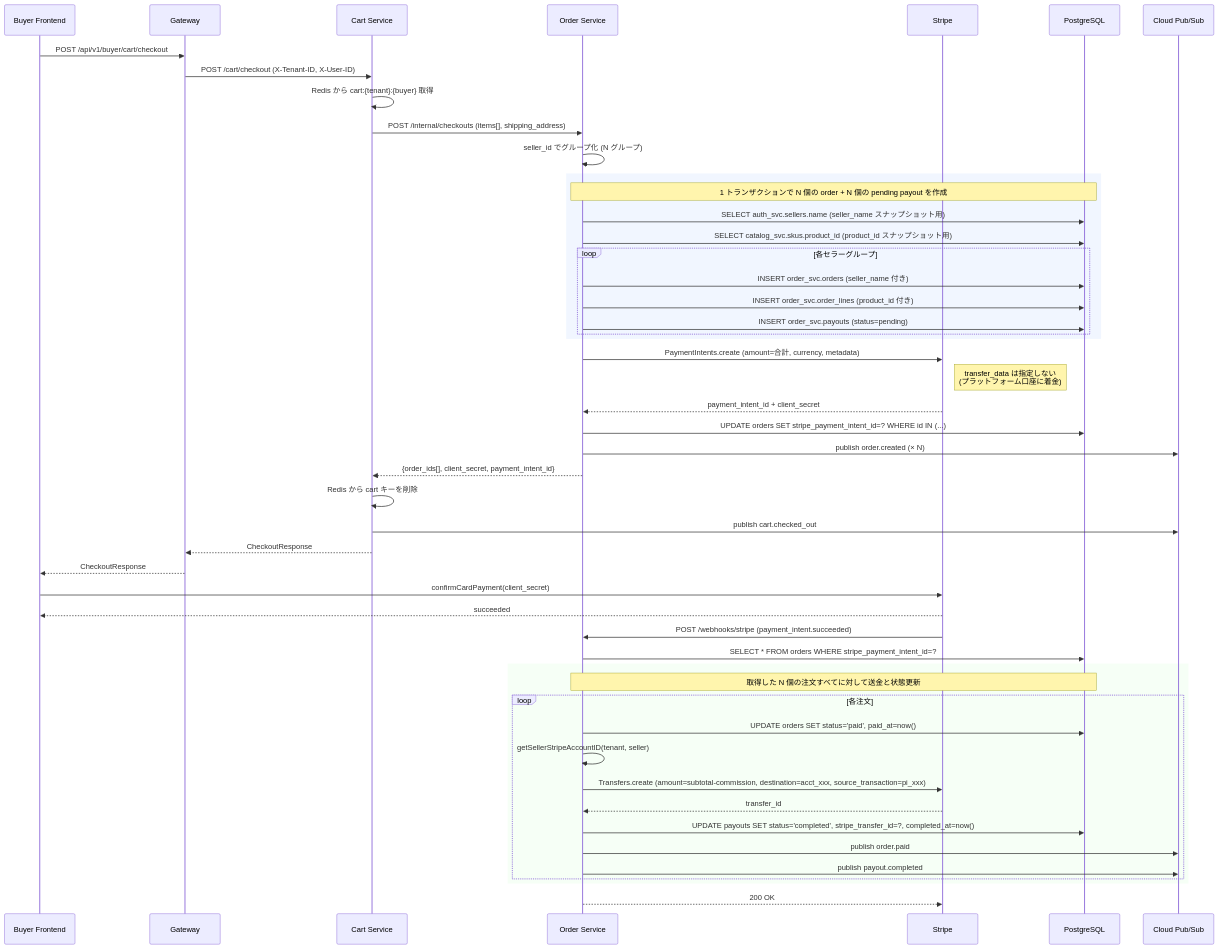
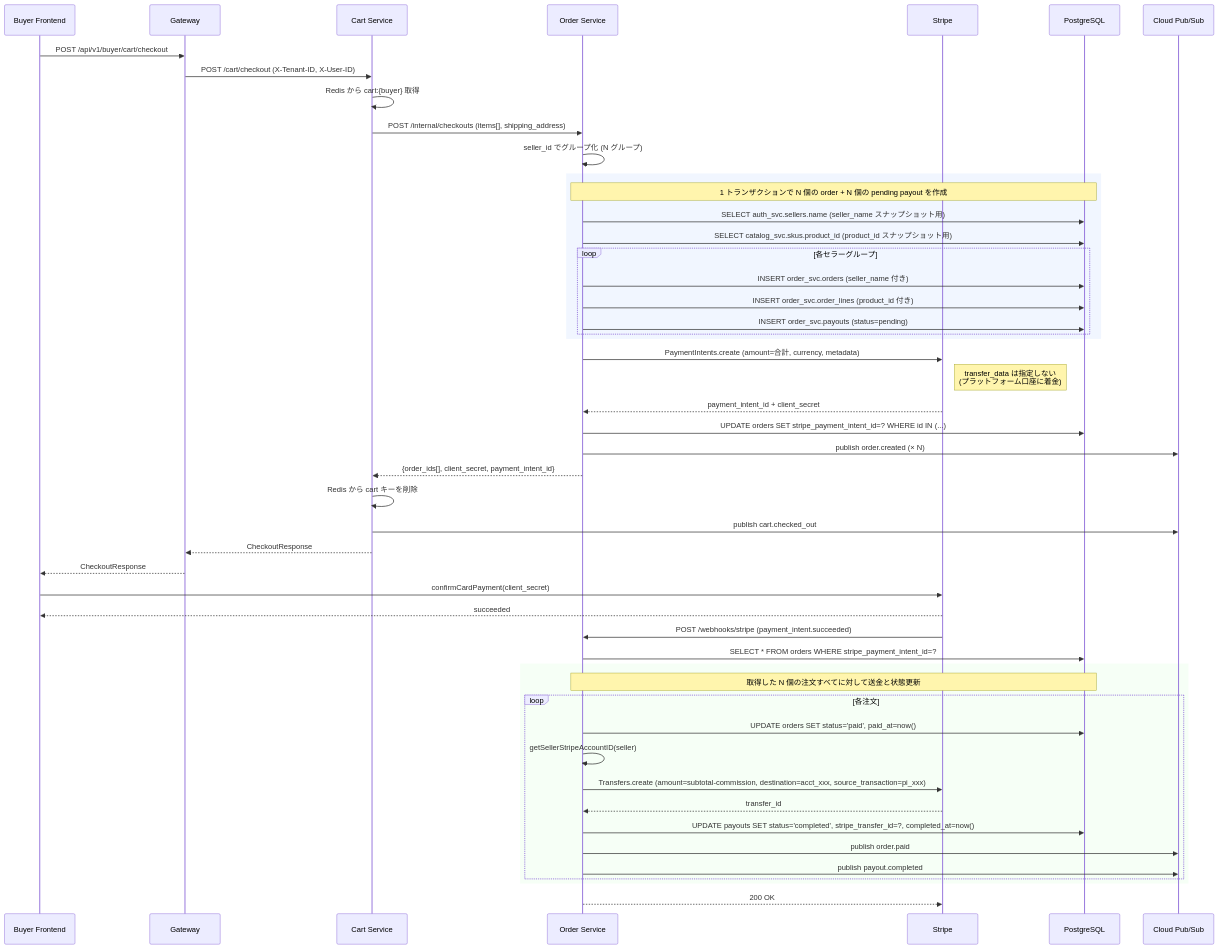
One commit to rick2200-dev/ec-test changed the diagram in docs/payment.md. Above: the diagram before and after it, drawn with Mermaid. The commit also changed other lines of this file and 229 other files, not shown here.

````diff
--- a/docs/payment.md
+++ b/docs/payment.md
@@ -72,58 +72,58 @@
 ```mermaid
 sequenceDiagram
     participant Buyer as Buyer Frontend
     participant GW as Gateway
     participant Cart as Cart Service
     participant Order as Order Service
     participant Stripe
     participant DB as PostgreSQL
     participant PubSub as Cloud Pub/Sub
 
     Buyer->>GW: POST /api/v1/buyer/cart/checkout
     GW->>Cart: POST /cart/checkout (X-Tenant-ID, X-User-ID)
-    Cart->>Cart: Redis から cart:{tenant}:{buyer} 取得
+    Cart->>Cart: Redis から cart:{buyer} 取得
     Cart->>Order: POST /internal/checkouts (items[], shipping_address)
     Order->>Order: seller_id でグループ化 (N グループ)
 
     rect rgba(200, 220, 255, 0.25)
     note over Order,DB: 1 トランザクションで N 個の order + N 個の pending payout を作成
     Order->>DB: SELECT auth_svc.sellers.name (seller_name スナップショット用)
     Order->>DB: SELECT catalog_svc.skus.product_id (product_id スナップショット用)
     loop 各セラーグループ
       Order->>DB: INSERT order_svc.orders (seller_name 付き)
       Order->>DB: INSERT order_svc.order_lines (product_id 付き)
       Order->>DB: INSERT order_svc.payouts (status=pending)
     end
     end
 
     Order->>Stripe: PaymentIntents.create (amount=合計, currency, metadata)
     Note right of Stripe: transfer_data は指定しない<br/>(プラットフォーム口座に着金)
     Stripe-->>Order: payment_intent_id + client_secret
 
     Order->>DB: UPDATE orders SET stripe_payment_intent_id=? WHERE id IN (...)
     Order->>PubSub: publish order.created (× N)
     Order-->>Cart: {order_ids[], client_secret, payment_intent_id}
     Cart->>Cart: Redis から cart キーを削除
     Cart->>PubSub: publish cart.checked_out
     Cart-->>GW: CheckoutResponse
     GW-->>Buyer: CheckoutResponse
 
     Buyer->>Stripe: confirmCardPayment(client_secret)
     Stripe-->>Buyer: succeeded
 
     Stripe->>Order: POST /webhooks/stripe (payment_intent.succeeded)
     Order->>DB: SELECT * FROM orders WHERE stripe_payment_intent_id=?
     rect rgba(220, 255, 220, 0.25)
     note over Order,DB: 取得した N 個の注文すべてに対して送金と状態更新
     loop 各注文
       Order->>DB: UPDATE orders SET status='paid', paid_at=now()
-      Order->>Order: getSellerStripeAccountID(tenant, seller)
+      Order->>Order: getSellerStripeAccountID(seller)
       Order->>Stripe: Transfers.create (amount=subtotal-commission, destination=acct_xxx, source_transaction=pi_xxx)
       Stripe-->>Order: transfer_id
       Order->>DB: UPDATE payouts SET status='completed', stripe_transfer_id=?, completed_at=now()
       Order->>PubSub: publish order.paid
       Order->>PubSub: publish payout.completed
     end
     end
     Order-->>Stripe: 200 OK
 ```
````
